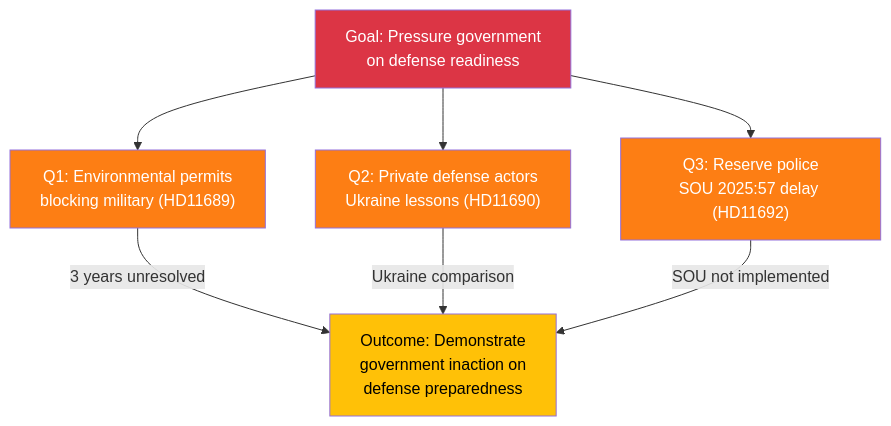
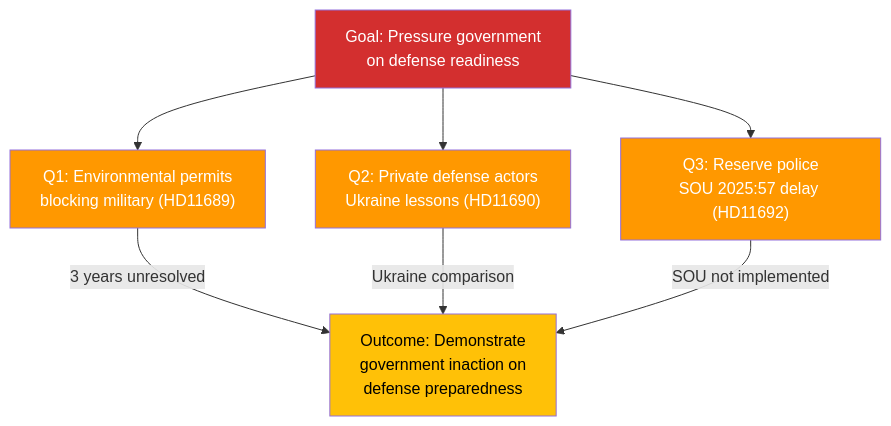
One commit to Hack23/riksdagsmonitor changed the second of 2 diagrams in analysis/daily/2026-04-08/realtime-1433/threat-analysis.md. Above: the diagram before and after it, drawn with Mermaid. The commit also changed other lines of this file and 785 other files, not shown here.

First line of the commit message:
Normalize mermaid colors across 786 analysis artifacts to ISMS Style Guide palette

````diff
--- a/analysis/daily/2026-04-08/realtime-1433/threat-analysis.md
+++ b/analysis/daily/2026-04-08/realtime-1433/threat-analysis.md
@@ -56,19 +56,19 @@
 ```mermaid
 graph TD
     GOAL["Goal: Pressure government<br/>on defense readiness"]
     Q1["Q1: Environmental permits<br/>blocking military (HD11689)"]
     Q2["Q2: Private defense actors<br/>Ukraine lessons (HD11690)"]
     Q3["Q3: Reserve police<br/>SOU 2025:57 delay (HD11692)"]
     GOAL --> Q1
     GOAL --> Q2
     GOAL --> Q3
     Q1 -->|"3 years unresolved"| OUTCOME["Outcome: Demonstrate<br/>government inaction on<br/>defense preparedness"]
     Q2 -->|"Ukraine comparison"| OUTCOME
     Q3 -->|"SOU not implemented"| OUTCOME
 
-    style GOAL fill:#dc3545,color:#fff
-    style OUTCOME fill:#ffc107,color:#000
-    style Q1 fill:#fd7e14,color:#fff
-    style Q2 fill:#fd7e14,color:#fff
-    style Q3 fill:#fd7e14,color:#fff
+    style GOAL fill:#D32F2F,color:#FFFFFF
+    style OUTCOME fill:#FFC107,color:#000000
+    style Q1 fill:#FF9800,color:#FFFFFF
+    style Q2 fill:#FF9800,color:#FFFFFF
+    style Q3 fill:#FF9800,color:#FFFFFF
 ```
````
